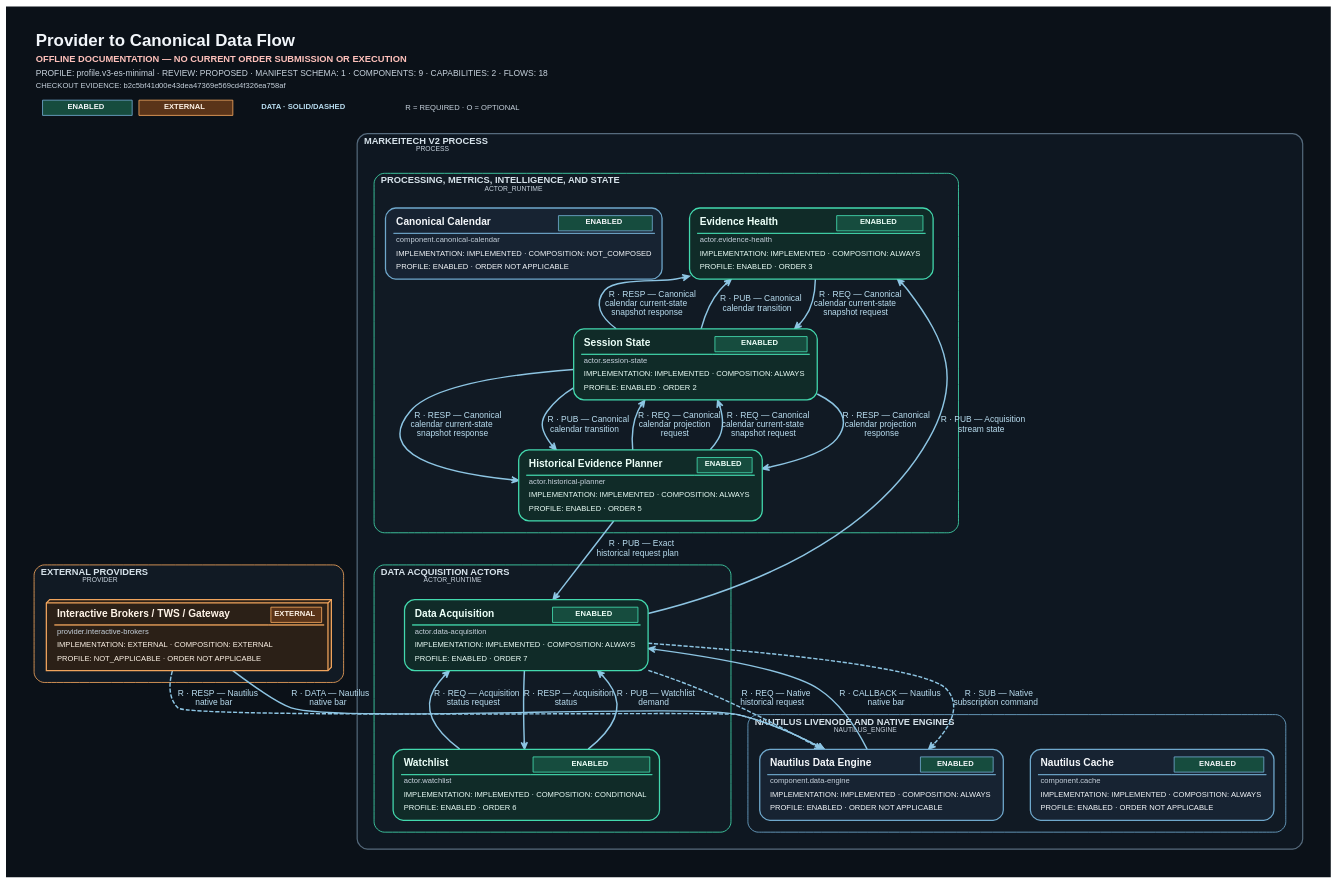
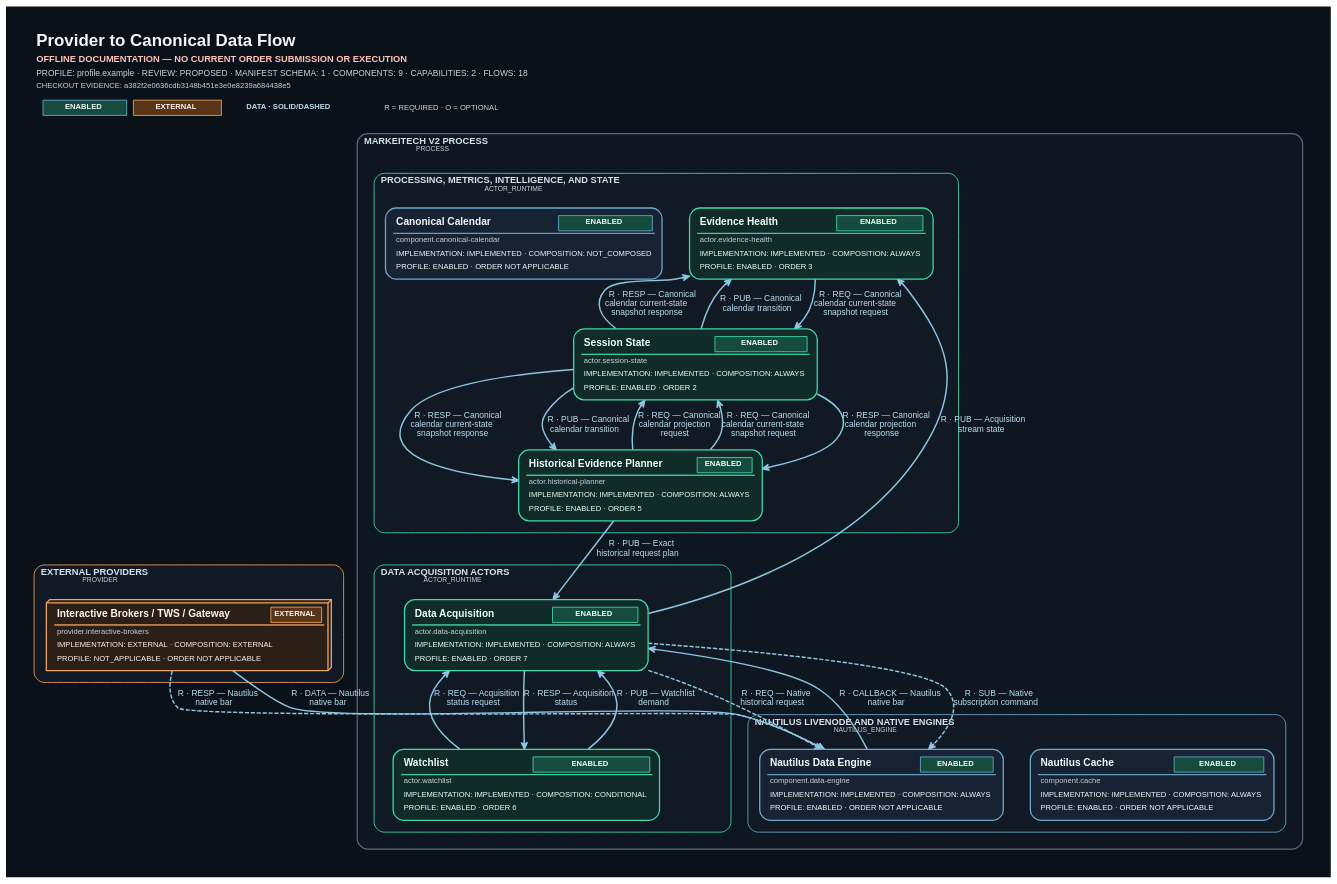
The diagram in tools/system-diagram/docs/generated/provider-canonical-data.dot (ShriekinNinja/Markeitech_V2), drawn with Graphviz before and after one commit. The commit also changed 29 other files, not shown here.

Commit message:
Regenerate dashboard API documentation and current system diagrams

```diff
--- a/tools/system-diagram/docs/generated/provider-canonical-data.dot
+++ b/tools/system-diagram/docs/generated/provider-canonical-data.dot
@@ -1,5 +1,5 @@
 digraph "Provider to Canonical Data Flow" {
-	graph [bgcolor="#0B1118" fontcolor="#F2F6FA" fontname=Helvetica fontsize=18 forcelabels=true label=<<TABLE BORDER="0" CELLBORDER="0" CELLSPACING="0" CELLPADDING="2"><TR><TD ALIGN="LEFT"><FONT COLOR="#F2F6FA" POINT-SIZE="20"><B>Provider to Canonical Data Flow</B></FONT></TD></TR><TR><TD ALIGN="LEFT"><FONT COLOR="#FFC1BB" POINT-SIZE="11"><B>OFFLINE DOCUMENTATION &#8212; NO CURRENT ORDER SUBMISSION OR EXECUTION</B></FONT></TD></TR><TR><TD ALIGN="LEFT"><FONT COLOR="#C7D2DD" POINT-SIZE="10">PROFILE: profile.v3-es-minimal &#183; REVIEW: PROPOSED &#183; MANIFEST SCHEMA: 1 &#183; COMPONENTS: 9 &#183; CAPABILITIES: 2 &#183; FLOWS: 18</FONT></TD></TR><TR><TD ALIGN="LEFT"><FONT COLOR="#C7D2DD" POINT-SIZE="9">CHECKOUT EVIDENCE: b2c5bf41d00e43dea47369e569cd4f326ea758af</FONT></TD></TR><TR><TD ALIGN="LEFT"><TABLE BORDER="0" CELLBORDER="0" CELLSPACING="8" CELLPADDING="0"><TR><TD><TABLE BORDER="1" CELLBORDER="0" CELLSPACING="0" CELLPADDING="3" COLOR="#6FA8CC" BGCOLOR="#164C3E"><TR><TD><FONT COLOR="#F4F7FA" POINT-SIZE="9"><B>ENABLED</B></FONT></TD></TR></TABLE></TD><TD><TABLE BORDER="1" CELLBORDER="0" CELLSPACING="0" CELLPADDING="3" COLOR="#F0A45D" BGCOLOR="#5A3419"><TR><TD><FONT COLOR="#FFF4E8" POINT-SIZE="9"><B>EXTERNAL</B></FONT></TD></TR></TABLE></TD><TD><FONT COLOR="#B9DDF0" POINT-SIZE="9"><B>DATA · SOLID/DASHED</B></FONT></TD><TD><FONT COLOR="#C7D2DD" POINT-SIZE="9">R = REQUIRED &#183; O = OPTIONAL</FONT></TD></TR></TABLE></TD></TR></TABLE>> labeljust=l labelloc=t margin=0.15 nodesep=0.45 outputorder=edgesfirst overlap=false pack=true packmode="graph" pad=0.35 rankdir=TB ranksep=0.35 splines=spline]
+	graph [bgcolor="#0B1118" fontcolor="#F2F6FA" fontname=Helvetica fontsize=18 forcelabels=true label=<<TABLE BORDER="0" CELLBORDER="0" CELLSPACING="0" CELLPADDING="2"><TR><TD ALIGN="LEFT"><FONT COLOR="#F2F6FA" POINT-SIZE="20"><B>Provider to Canonical Data Flow</B></FONT></TD></TR><TR><TD ALIGN="LEFT"><FONT COLOR="#FFC1BB" POINT-SIZE="11"><B>OFFLINE DOCUMENTATION &#8212; NO CURRENT ORDER SUBMISSION OR EXECUTION</B></FONT></TD></TR><TR><TD ALIGN="LEFT"><FONT COLOR="#C7D2DD" POINT-SIZE="10">PROFILE: profile.example &#183; REVIEW: PROPOSED &#183; MANIFEST SCHEMA: 1 &#183; COMPONENTS: 9 &#183; CAPABILITIES: 2 &#183; FLOWS: 18</FONT></TD></TR><TR><TD ALIGN="LEFT"><FONT COLOR="#C7D2DD" POINT-SIZE="9">CHECKOUT EVIDENCE: a382f2e0636cdb3148b451e3e0e8239a684438e5</FONT></TD></TR><TR><TD ALIGN="LEFT"><TABLE BORDER="0" CELLBORDER="0" CELLSPACING="8" CELLPADDING="0"><TR><TD><TABLE BORDER="1" CELLBORDER="0" CELLSPACING="0" CELLPADDING="3" COLOR="#6FA8CC" BGCOLOR="#164C3E"><TR><TD><FONT COLOR="#F4F7FA" POINT-SIZE="9"><B>ENABLED</B></FONT></TD></TR></TABLE></TD><TD><TABLE BORDER="1" CELLBORDER="0" CELLSPACING="0" CELLPADDING="3" COLOR="#F0A45D" BGCOLOR="#5A3419"><TR><TD><FONT COLOR="#FFF4E8" POINT-SIZE="9"><B>EXTERNAL</B></FONT></TD></TR></TABLE></TD><TD><FONT COLOR="#B9DDF0" POINT-SIZE="9"><B>DATA · SOLID/DASHED</B></FONT></TD><TD><FONT COLOR="#C7D2DD" POINT-SIZE="9">R = REQUIRED &#183; O = OPTIONAL</FONT></TD></TR></TABLE></TD></TR></TABLE>> labeljust=l labelloc=t margin=0.15 nodesep=0.45 outputorder=edgesfirst overlap=false pack=true packmode="graph" pad=0.35 rankdir=TB ranksep=0.35 splines=spline]
 	node [fixedsize=false fontcolor="#F4F7FA" fontname=Helvetica fontsize=10 height=0.9 imagescale=true labelloc=b margin="0.12,0.08" shape=box style=rounded width=2.2]
 	edge [arrowsize=0.8 color="#8DC5E3" fontcolor="#B9DDF0" fontname=Helvetica fontsize=9]
 	subgraph "cluster_Markeitech V2 process" {
```
